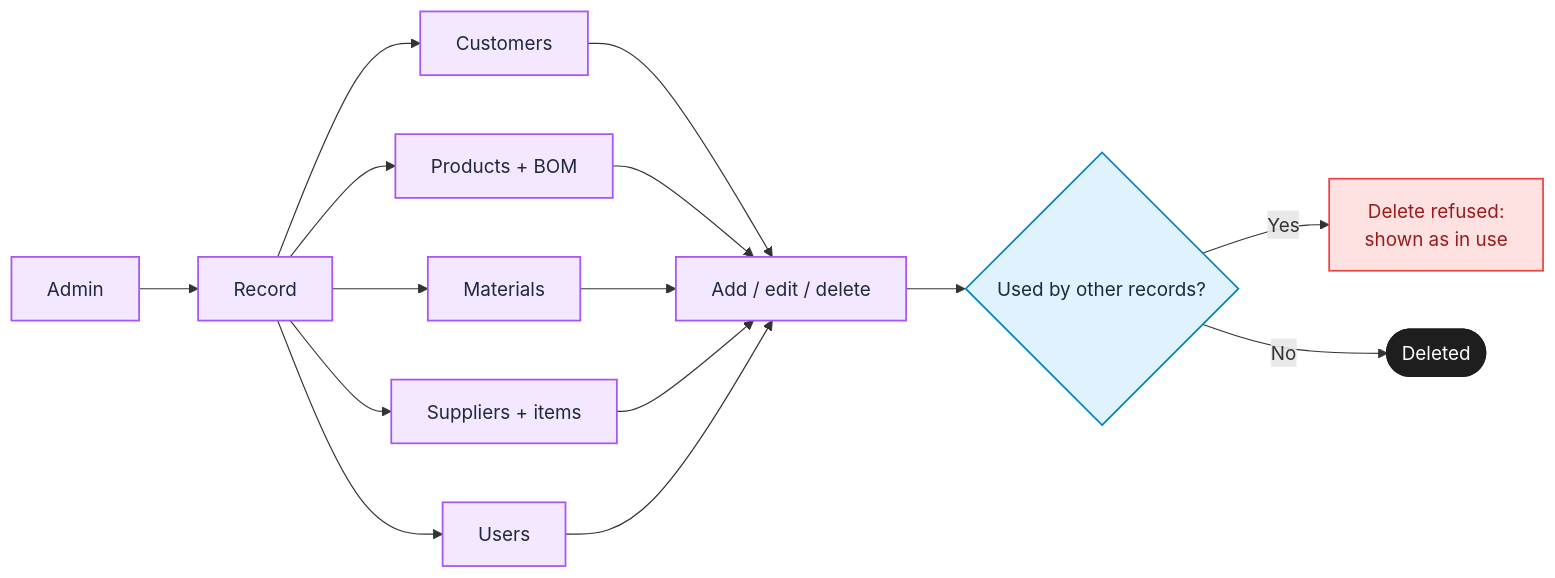
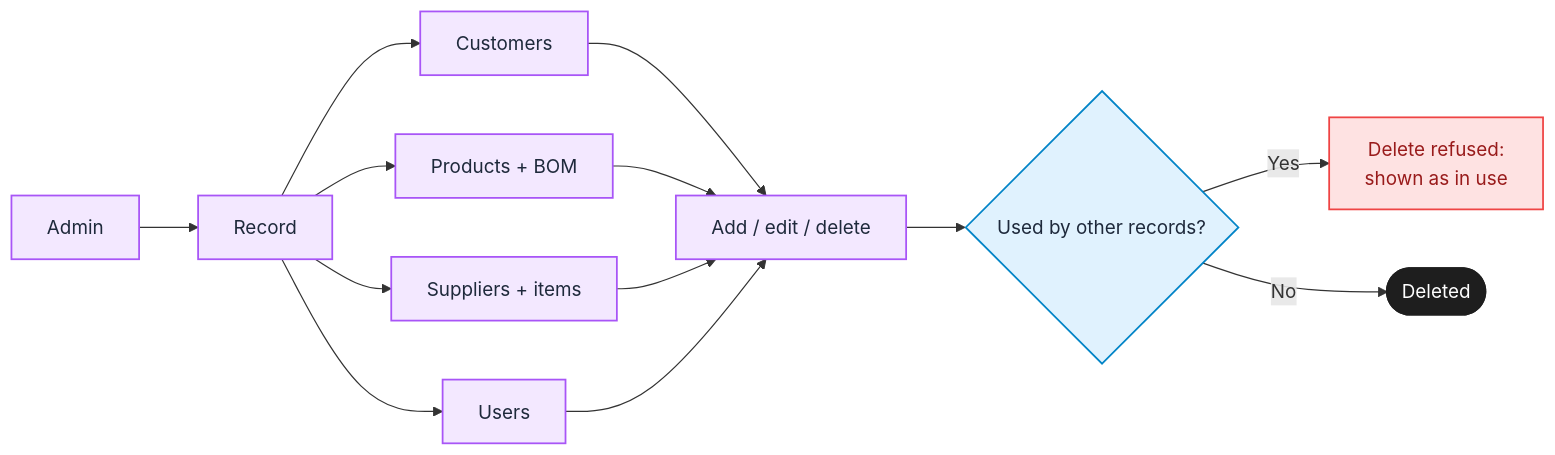
Before and after one commit to Detmon0410/Base_Sample_ERP: diagram 11 of 12 in docs/ProjectdocInfo/UserFlow/User Flow.md, drawn with Mermaid. The commit also changed other lines of this file and 12 other files, not shown here.

Commit message:
Diagrams follow the system: Accounting has a supplier side, Sale Worker does not edit orders, products have no processes and Materials are in Stock, the Dashboard only has order tiles, the Purchase page lists Low or Out materials, no mock in the architecture

````diff
--- a/docs/ProjectdocInfo/UserFlow/User Flow.md
+++ b/docs/ProjectdocInfo/UserFlow/User Flow.md
@@ -257,22 +266,20 @@
 ```mermaid
 flowchart LR
     classDef startEnd fill:#1e1e1e,stroke:#1e1e1e,color:#ffffff,stroke-width:2px;
     classDef action fill:#f3e8ff,stroke:#a855f7,color:#1e293b,stroke-width:1.5px;
     classDef decision fill:#e0f2fe,stroke:#0284c7,color:#1e293b,stroke-width:1.5px;
     classDef error fill:#fee2e2,stroke:#ef4444,color:#991b1b,stroke-width:1.5px;
 
     A[Admin]:::action --> B[Record]:::action
     B --> C[Customers]:::action
     B --> D[Products + BOM]:::action
-    B --> E[Materials]:::action
     B --> F[Suppliers + items]:::action
     B --> G[Users]:::action
     C --> H[Add / edit / delete]:::action
     D --> H
-    E --> H
     F --> H
     G --> H
     H --> I{Used by other records?}:::decision
     I -- Yes --> J[Delete refused:<br/>shown as in use]:::error
     I -- No --> K([Deleted]):::startEnd
 ```
````
